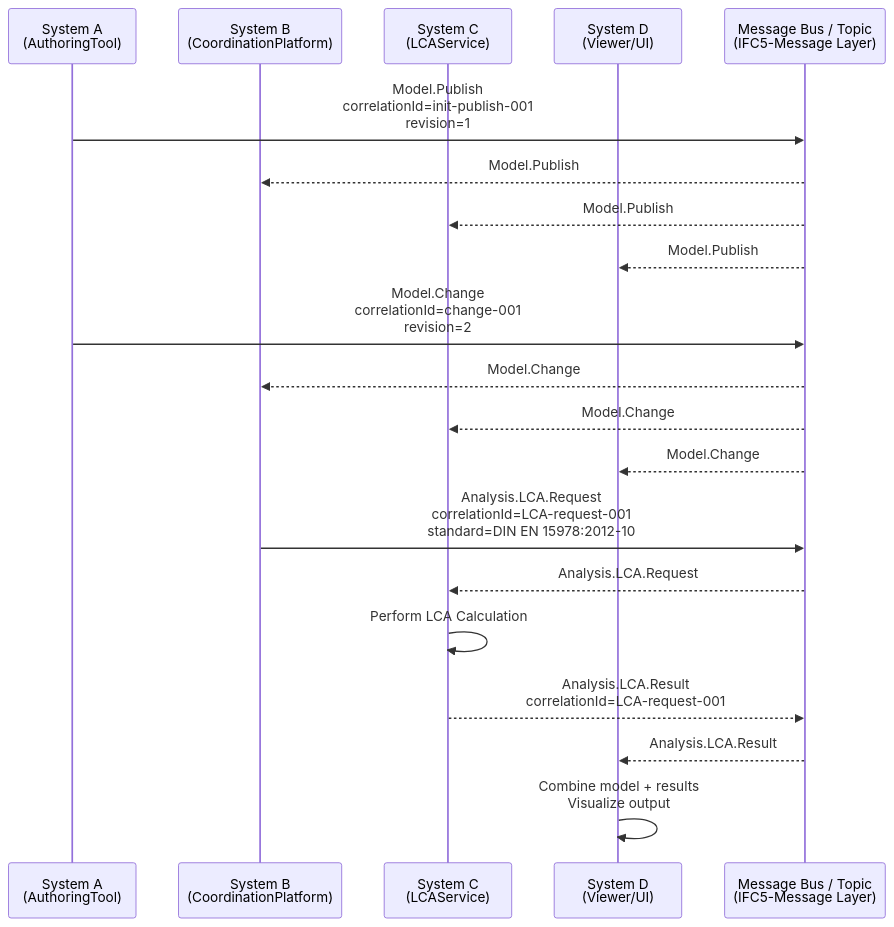
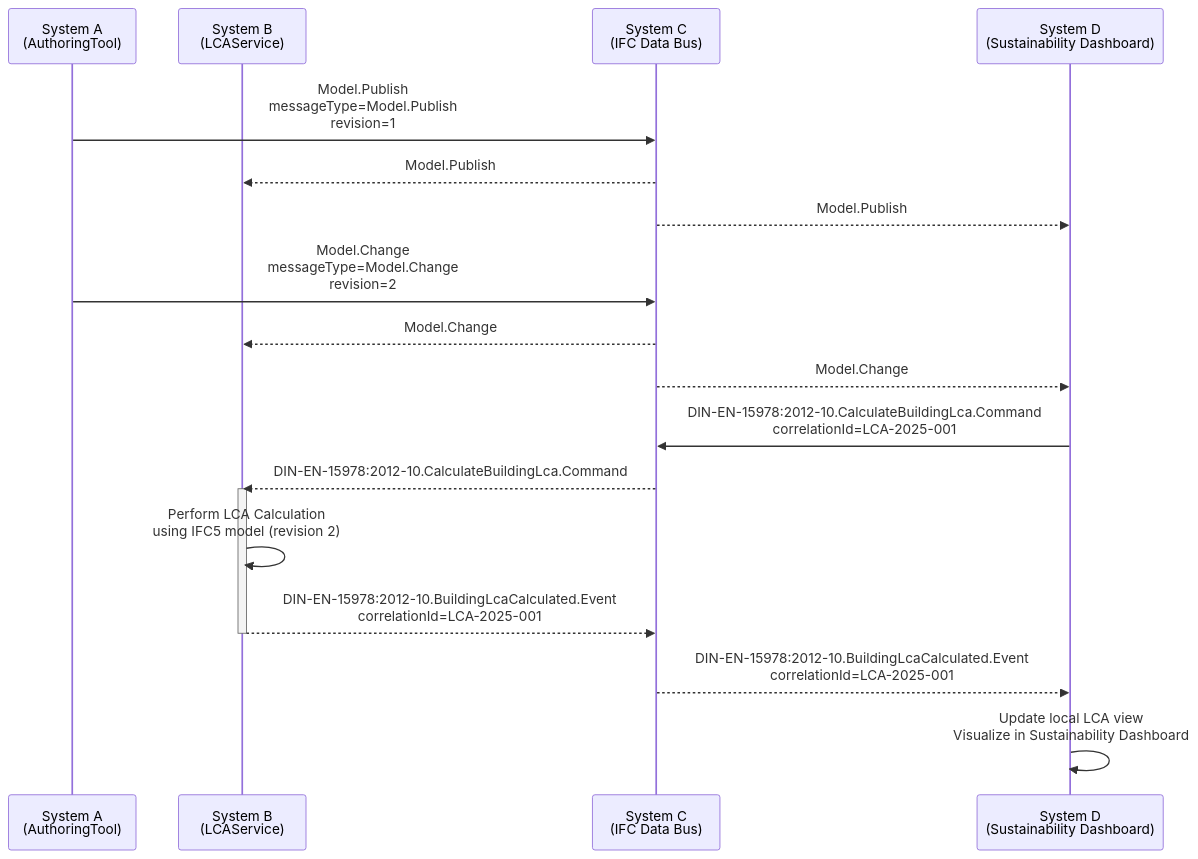
One commit to vyzn-tech/ifc-data-bus changed the diagram in README.md. Above: the diagram before and after it, drawn with Mermaid. The commit also changed other lines of this file and 3 other files, not shown here.

````diff
--- a/README.md
+++ b/README.md
@@ -33,28 +39,35 @@
 ```mermaid
 sequenceDiagram
     participant A as System A<br/>(AuthoringTool)
-    participant B as System B<br/>(CoordinationPlatform)
-    participant C as System C<br/>(LCAService)
-    participant D as System D<br/>(Viewer/UI)
-    participant Bus as Message Bus / Topic<br/>(IFC5-Message Layer)
+    participant B as System B<br/>(LCAService)
+    participant C as System C<br/>(IFC Data Bus)
+    participant D as System D<br/>(Sustainability Dashboard)
 
-    A->>Bus: Model.Publish<br/>correlationId=init-publish-001<br/>revision=1
-    Bus-->>B: Model.Publish
-    Bus-->>C: Model.Publish
-    Bus-->>D: Model.Publish
+    %% a) System A publishes initial model (event)
+    A->>C: Model.Publish<br/>messageType=Model.Publish<br/>revision=1
+    C-->>B: Model.Publish
+    C-->>D: Model.Publish
 
-    A->>Bus: Model.Change<br/>correlationId=change-001<br/>revision=2
-    Bus-->>B: Model.Change
-    Bus-->>C: Model.Change
-    Bus-->>D: Model.Change
+    %% b) System A publishes changes (event)
+    A->>C: Model.Change<br/>messageType=Model.Change<br/>revision=2
+    C-->>B: Model.Change
+    C-->>D: Model.Change
 
-    B->>Bus: Analysis.LCA.Request<br/>correlationId=LCA-request-001<br/>standard=DIN EN 15978:2012-10
-    Bus-->>C: Analysis.LCA.Request
+    %% c) System D sends LCA command (no direct response expected)
+    D->>C: DIN-EN-15978:2012-10.CalculateBuildingLca.Command<br/>correlationId=LCA-2025-001
+    C-->>B: DIN-EN-15978:2012-10.CalculateBuildingLca.Command
 
-    C->>C: Perform LCA Calculation
-    C-->>Bus: Analysis.LCA.Result<br/>correlationId=LCA-request-001
-    Bus-->>D: Analysis.LCA.Result
+    %% d) System B performs LCA based on command
+    activate B
+    B->>B: Perform LCA Calculation<br/>using IFC5 model (revision 2)
+    
+    %% e) System B publishes result as event (event-carried state)
+    B-->>C: DIN-EN-15978:2012-10.BuildingLcaCalculated.Event<br/>correlationId=LCA-2025-001
+    deactivate B
 
-    D->>D: Combine model + results<br/>Visualize output
+    %% f) System D consumes event and updates its read model
+    C-->>D: DIN-EN-15978:2012-10.BuildingLcaCalculated.Event<br/>correlationId=LCA-2025-001
+    D->>D: Update local LCA view<br/>Visualize in Sustainability Dashboard
+
 
 ```
````
